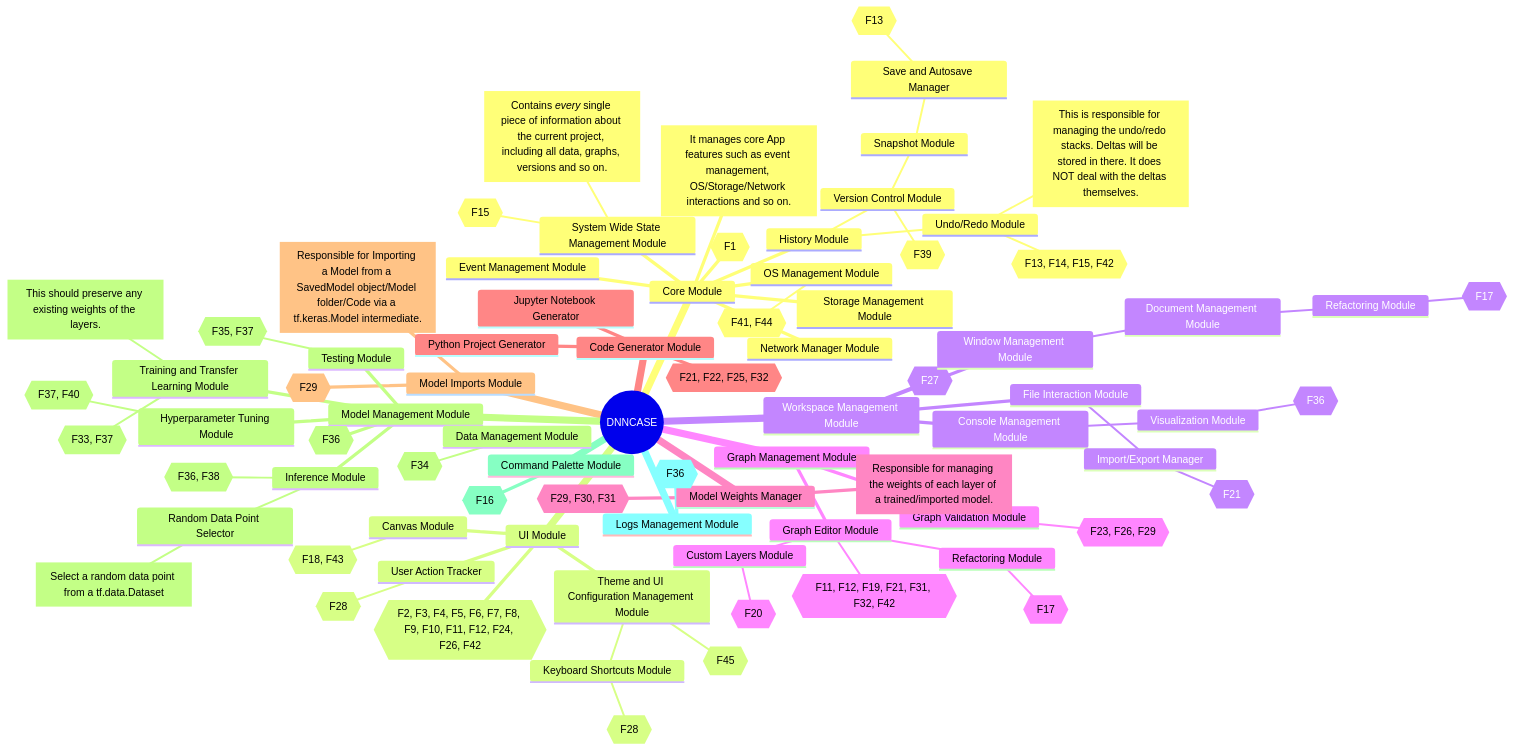
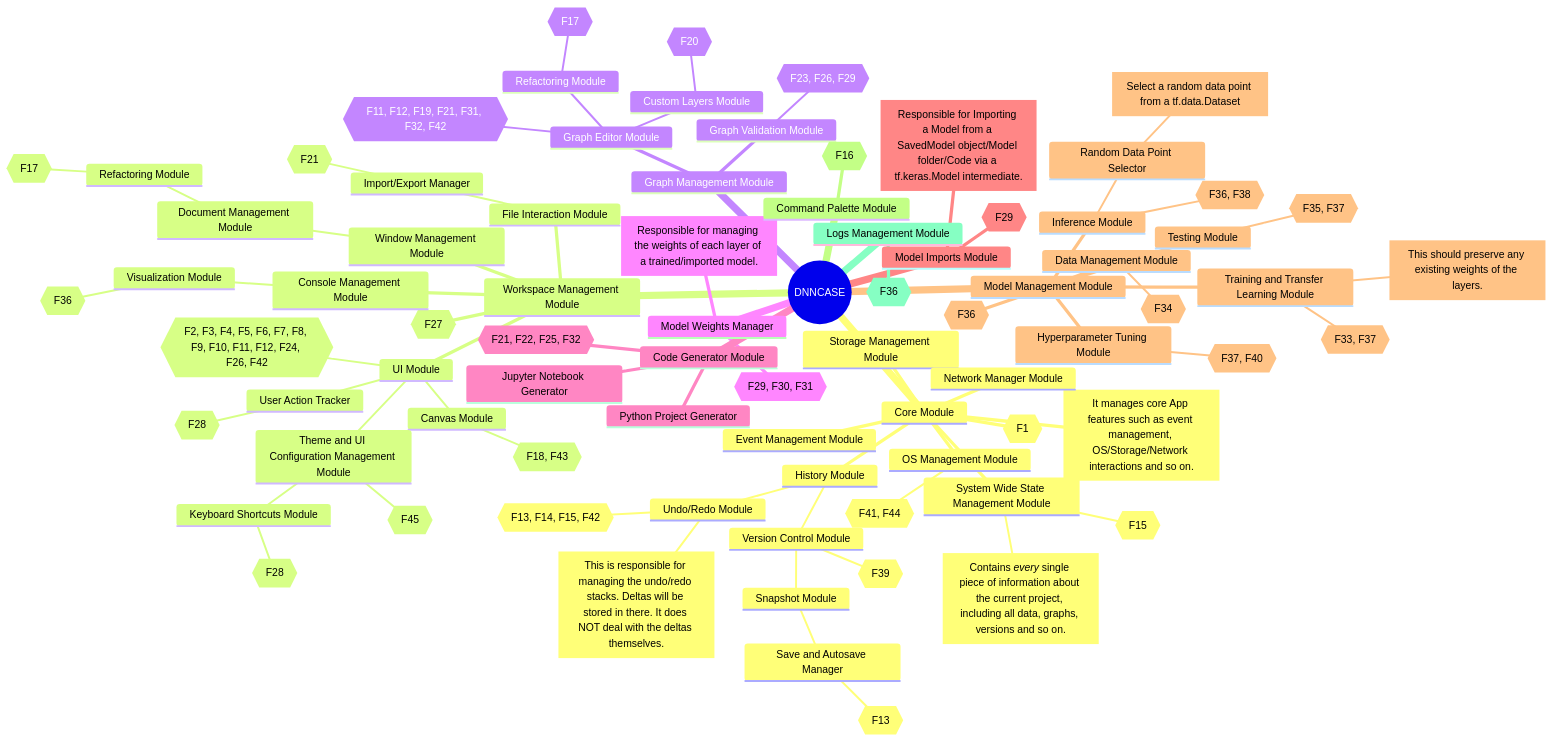
The first of 2 diagrams in Design Diagrams/Top Level Modules.md (rohan843/dnncase), drawn with Mermaid before and after one commit.

Commit message:
Update Top Level Modules.md

```diff
--- a/Design Diagrams/Top Level Modules.md
+++ b/Design Diagrams/Top Level Modules.md
@@ -89,18 +89,18 @@
             Undo/Redo Module
                 id{{F13, F14, F15, F42}}
                 id[This is responsible for managing the undo/redo stacks. Deltas will be stored in there. It does NOT deal with the deltas themselves.]
-    UI Module
-        id{{F2, F3, F4, F5, F6, F7, F8, F9, F10, F11, F12, F24, F26, F42}}
-        Canvas Module
-            id{{F18, F43}}
-        Theme and UI Configuration Management Module
-            id{{F45}}
-            Keyboard Shortcuts Module
-                id{{F28}}
-        User Action Tracker
-            id{{F28}}
     Workspace Management Module
         id{{F27}}
+        UI Module
+            id{{F2, F3, F4, F5, F6, F7, F8, F9, F10, F11, F12, F24, F26, F42}}
+            Canvas Module
+                id{{F18, F43}}
+            Theme and UI Configuration Management Module
+                id{{F45}}
+                Keyboard Shortcuts Module
+                    id{{F28}}
+            User Action Tracker
+                id{{F28}}
         Console Management Module
             Visualization Module
                 id{{F36}}
```
